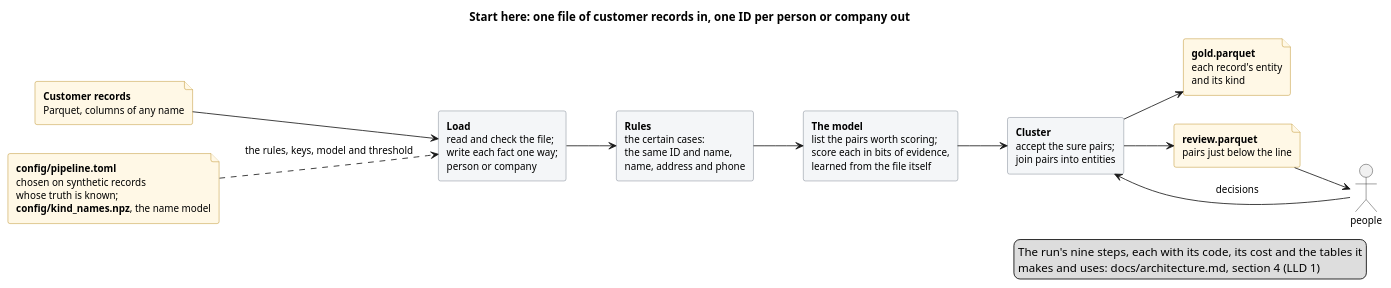
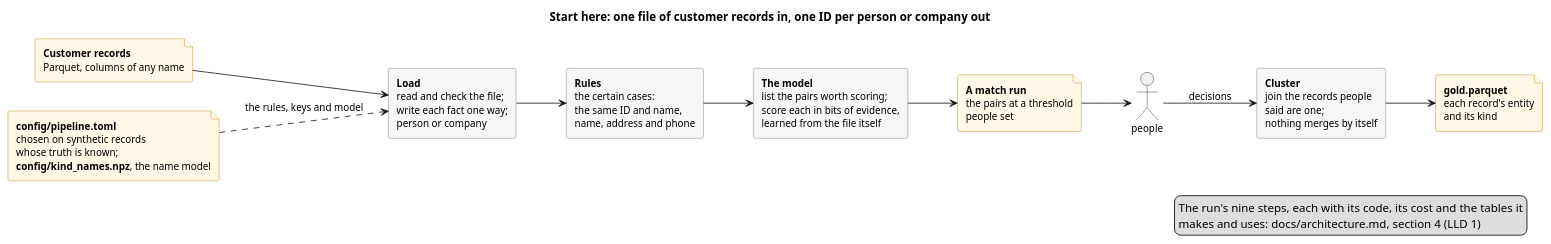
One commit to mvsbm/entity_matching changed the diagram in docs/diagrams/overview.puml. Above: the diagram before and after it, drawn with PlantUML. The commit also changed 57 other files, not shown here.

```diff
--- a/docs/diagrams/overview.puml
+++ b/docs/diagrams/overview.puml
@@ -1,38 +1,37 @@
 @startuml overview
 title Start here: one file of customer records in, one ID per person or company out
 left to right direction
 skinparam defaultFontSize 12
 skinparam rectangle {
   BackgroundColor #F4F6F8
   BorderColor #65717E
 }
 skinparam file {
   BackgroundColor #FFF8E6
   BorderColor #B07D00
 }
 
 file "<b>Customer records</b>\nParquet, columns of any name" as input
 rectangle "<b>Load</b>\nread and check the file;\nwrite each fact one way;\nperson or company" as load
 rectangle "<b>Rules</b>\nthe certain cases:\nthe same ID and name,\nname, address and phone" as rules
 rectangle "<b>The model</b>\nlist the pairs worth scoring;\nscore each in bits of evidence,\nlearned from the file itself" as model
-rectangle "<b>Cluster</b>\naccept the sure pairs;\njoin pairs into entities" as cluster
+rectangle "<b>Cluster</b>\njoin the records people\nsaid are one;\nnothing merges by itself" as cluster
 file "<b>gold.parquet</b>\neach record's entity\nand its kind" as gold
-file "<b>review.parquet</b>\npairs just below the line" as sheets
+file "<b>A match run</b>\nthe pairs at a threshold\npeople set" as sheets
 actor "people" as people
 file "<b>config/pipeline.toml</b>\nchosen on synthetic records\nwhose truth is known;\n<b>config/kind_names.npz</b>, the name model" as config
 
 input --> load
 load --> rules
 rules --> model
-model --> cluster
+model --> sheets
+sheets --> people
 cluster --> gold
-cluster --> sheets
-sheets --> people
 people --> cluster : decisions
-config ..> load : the rules, keys, model and threshold
+config ..> load : the rules, keys and model
 
 legend right
   The run's nine steps, each with its code, its cost and the tables it
   makes and uses: docs/architecture.md, section 4 (LLD 1)
 endlegend
 @enduml
```
